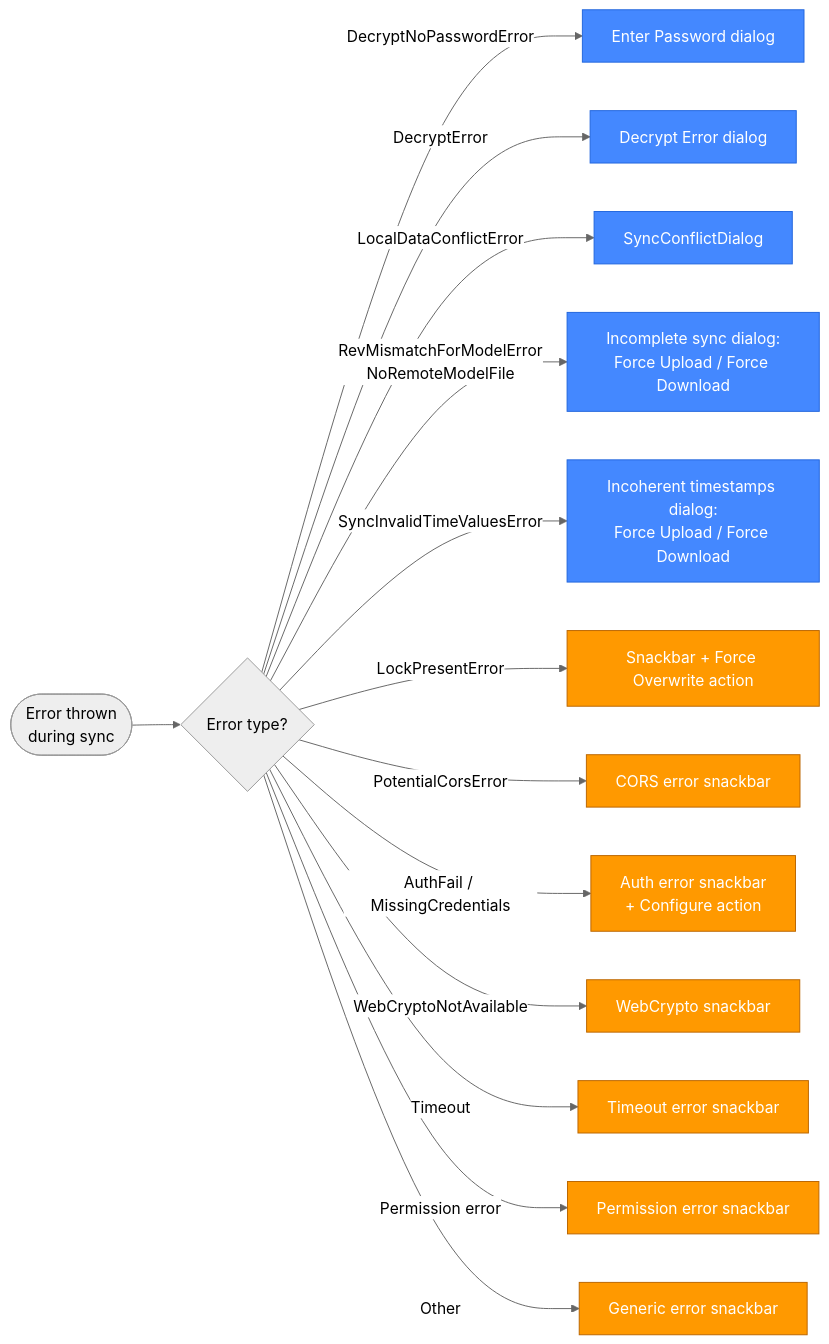
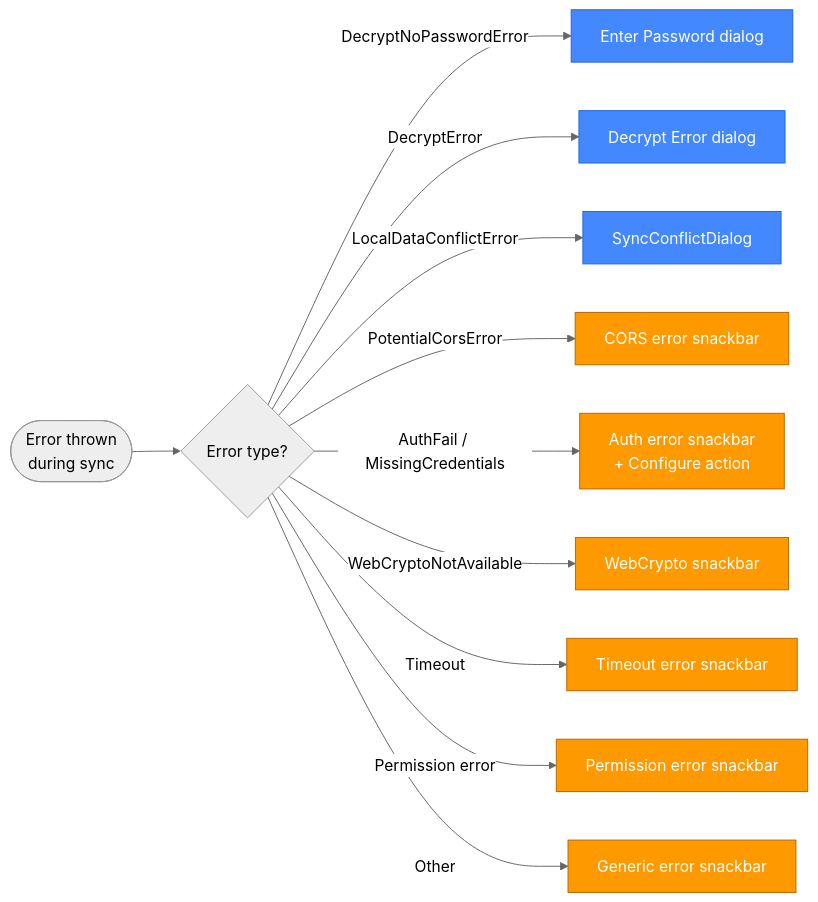
One commit to Swastik023/offline-productivity-desktop changed the second of 2 diagrams in docs/sync-and-op-log/file-based-sync-flowchart.md. Above: the diagram before and after it, drawn with Mermaid (neutral theme). The commit also changed other lines of this file and 14 other files, not shown here.

First line of the commit message:
refactor(sync): remove unused error classes, dialog, and constructor-time logging (phase 1, #8325) (#8510)

````diff
--- a/docs/sync-and-op-log/file-based-sync-flowchart.md
+++ b/docs/sync-and-op-log/file-based-sync-flowchart.md
@@ -117,23 +117,20 @@
 ```mermaid
 flowchart LR
     ERR([Error thrown<br/>during sync]) --> TYPE{Error type?}
 
     TYPE -->|DecryptNoPasswordError| PWD_DLG[Enter Password dialog]
     TYPE -->|DecryptError| DEC_DLG[Decrypt Error dialog]
     TYPE -->|LocalDataConflictError| CONF_DLG[SyncConflictDialog]
-    TYPE -->|RevMismatchForModelError<br/>NoRemoteModelFile| INC_DLG["Incomplete sync" dialog:<br/>Force Upload / Force Download]
-    TYPE -->|SyncInvalidTimeValuesError| TIME_DLG["Incoherent timestamps" dialog:<br/>Force Upload / Force Download]
-    TYPE -->|LockPresentError| LOCK[Snackbar + Force Overwrite action]
     TYPE -->|PotentialCorsError| CORS[CORS error snackbar]
     TYPE -->|AuthFail / MissingCredentials| AUTH[Auth error snackbar<br/>+ Configure action]
     TYPE -->|WebCryptoNotAvailable| CRYPTO[WebCrypto snackbar]
     TYPE -->|Timeout| TIMEOUT[Timeout error snackbar]
     TYPE -->|Permission error| PERM[Permission error snackbar]
     TYPE -->|Other| GENERIC[Generic error snackbar]
 
     classDef dialog fill:#48f,stroke:#26d,color:#fff
     classDef snack fill:#f90,stroke:#b60,color:#fff
 
-    class PWD_DLG,DEC_DLG,CONF_DLG,INC_DLG,TIME_DLG dialog
+    class PWD_DLG,DEC_DLG,CONF_DLG dialog
     class LOCK,CORS,AUTH,CRYPTO,TIMEOUT,PERM,GENERIC snack
 ```
````
